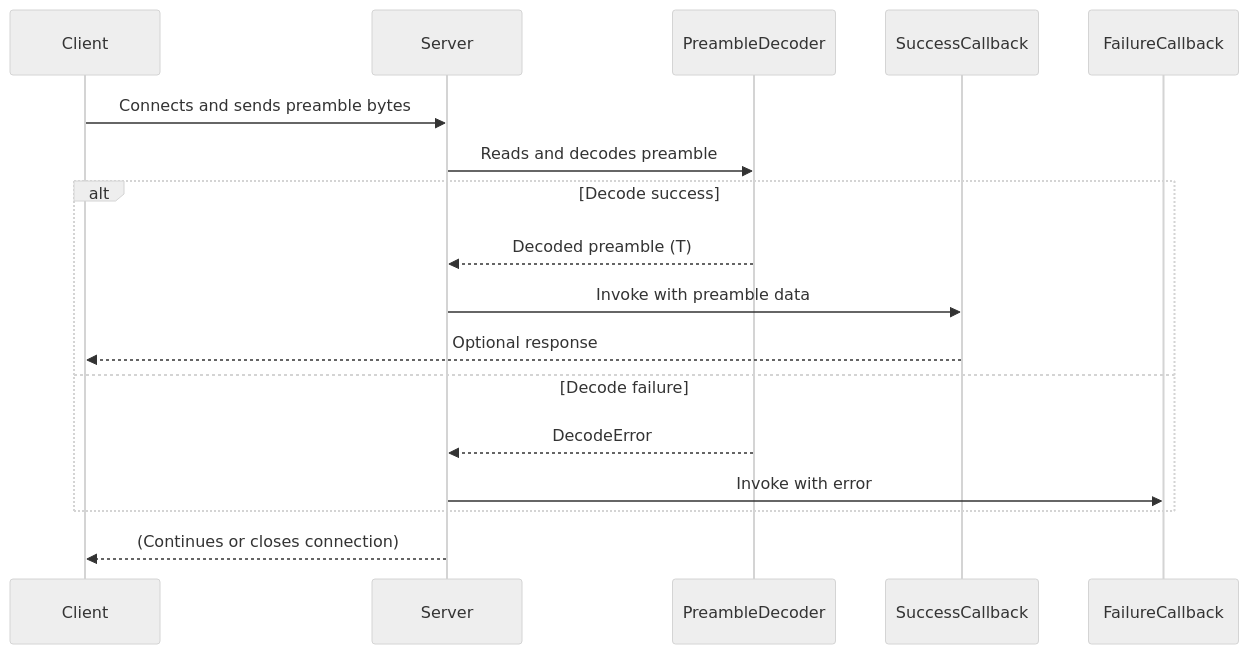
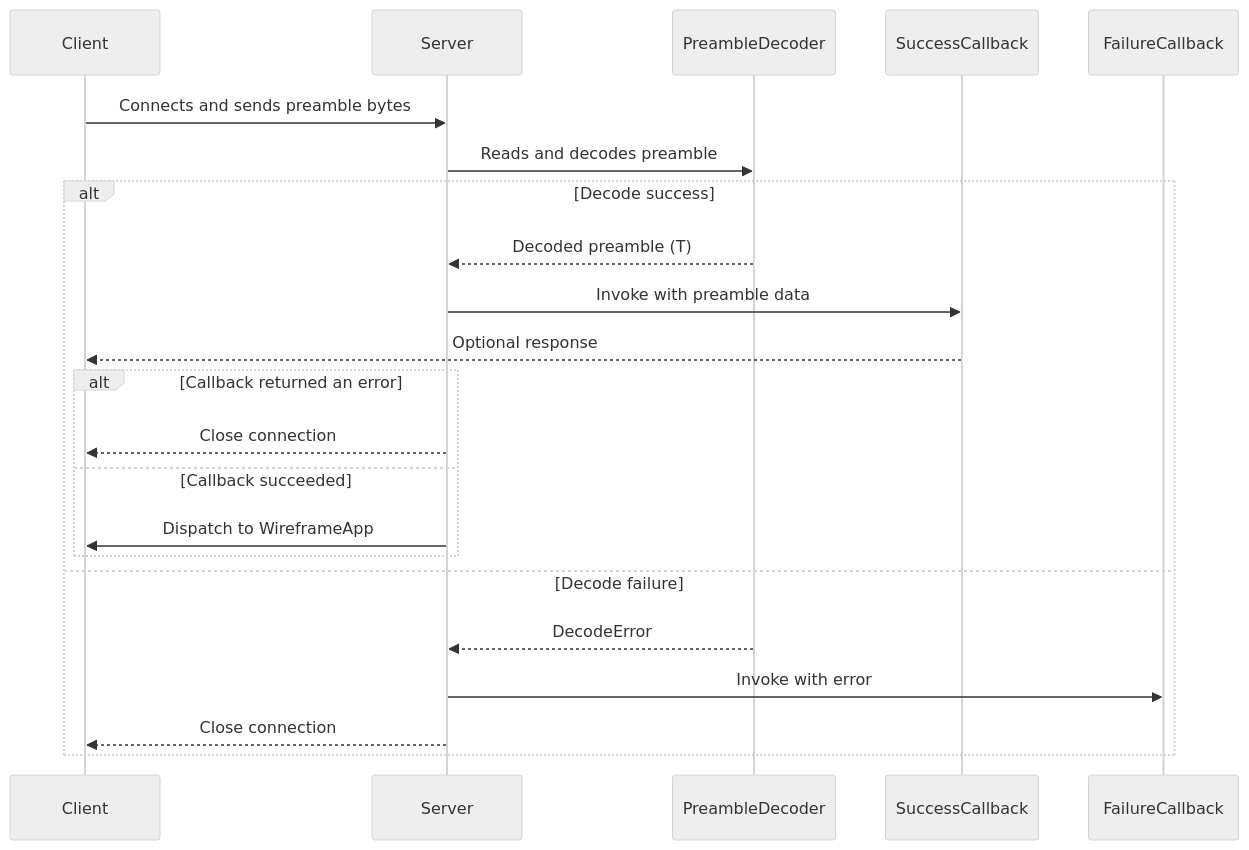
Before and after one commit to leynos/wireframe: the second of 3 diagrams in docs/preamble-validator.md, drawn with Mermaid (neutral theme). The commit also changed other lines of this file and 11 other files, not shown here.

````diff
--- a/docs/preamble-validator.md
+++ b/docs/preamble-validator.md
@@ -51,20 +51,25 @@
 ```mermaid
 sequenceDiagram
     participant Client
     participant Server
     participant PreambleDecoder
     participant SuccessCallback
     participant FailureCallback
 
     Client->>Server: Connects and sends preamble bytes
     Server->>PreambleDecoder: Reads and decodes preamble
     alt Decode success
         PreambleDecoder-->>Server: Decoded preamble (T)
         Server->>SuccessCallback: Invoke with preamble data
         SuccessCallback-->>Client: Optional response
+        alt Callback returned an error
+            Server-->>Client: Close connection
+        else Callback succeeded
+            Server->>Client: Dispatch to WireframeApp
+        end
     else Decode failure
         PreambleDecoder-->>Server: DecodeError
         Server->>FailureCallback: Invoke with error
+        Server-->>Client: Close connection
     end
-    Server-->>Client: (Continues or closes connection)
 ```
````
